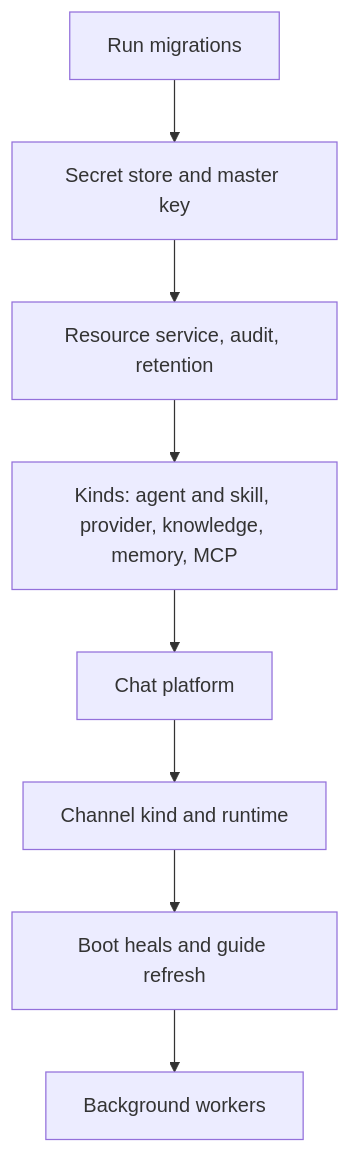
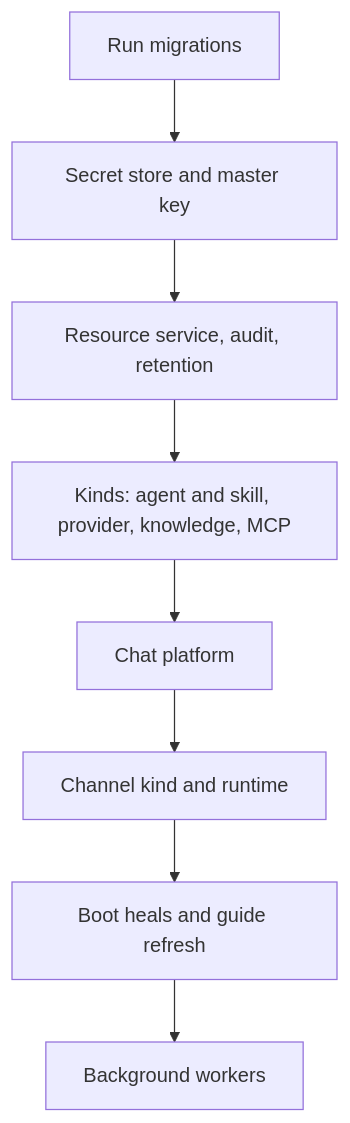
The second of 2 diagrams in docs-site/architecture/layering.md (wyx-sg/Coffer), drawn with Mermaid before and after one commit. The commit also changed other lines of this file and 521 other files, not shown here.

````diff
--- a/docs-site/architecture/layering.md
+++ b/docs-site/architecture/layering.md
@@ -84,10 +84,10 @@
 ```mermaid
 flowchart TB
   M["Run migrations"] --> C["Secret store and master key"]
   C --> R["Resource service, audit, retention"]
-  R --> K["Kinds: agent and skill, provider, knowledge, memory, MCP"]
+  R --> K["Kinds: agent and skill, provider, knowledge, MCP"]
   K --> CH["Chat platform"]
   CH --> CN["Channel kind and runtime"]
   CN --> H["Boot heals and guide refresh"]
   H --> W["Background workers"]
 ```
````
